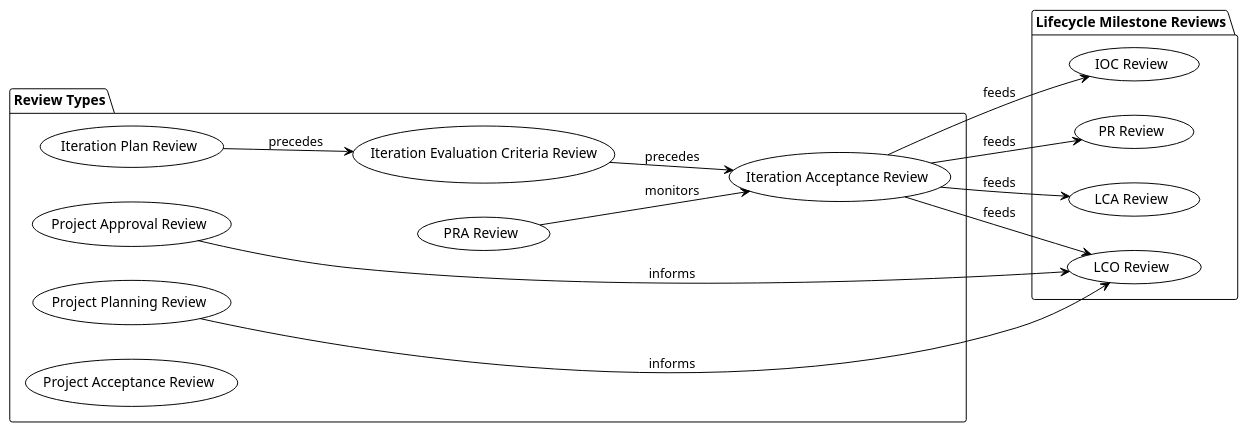
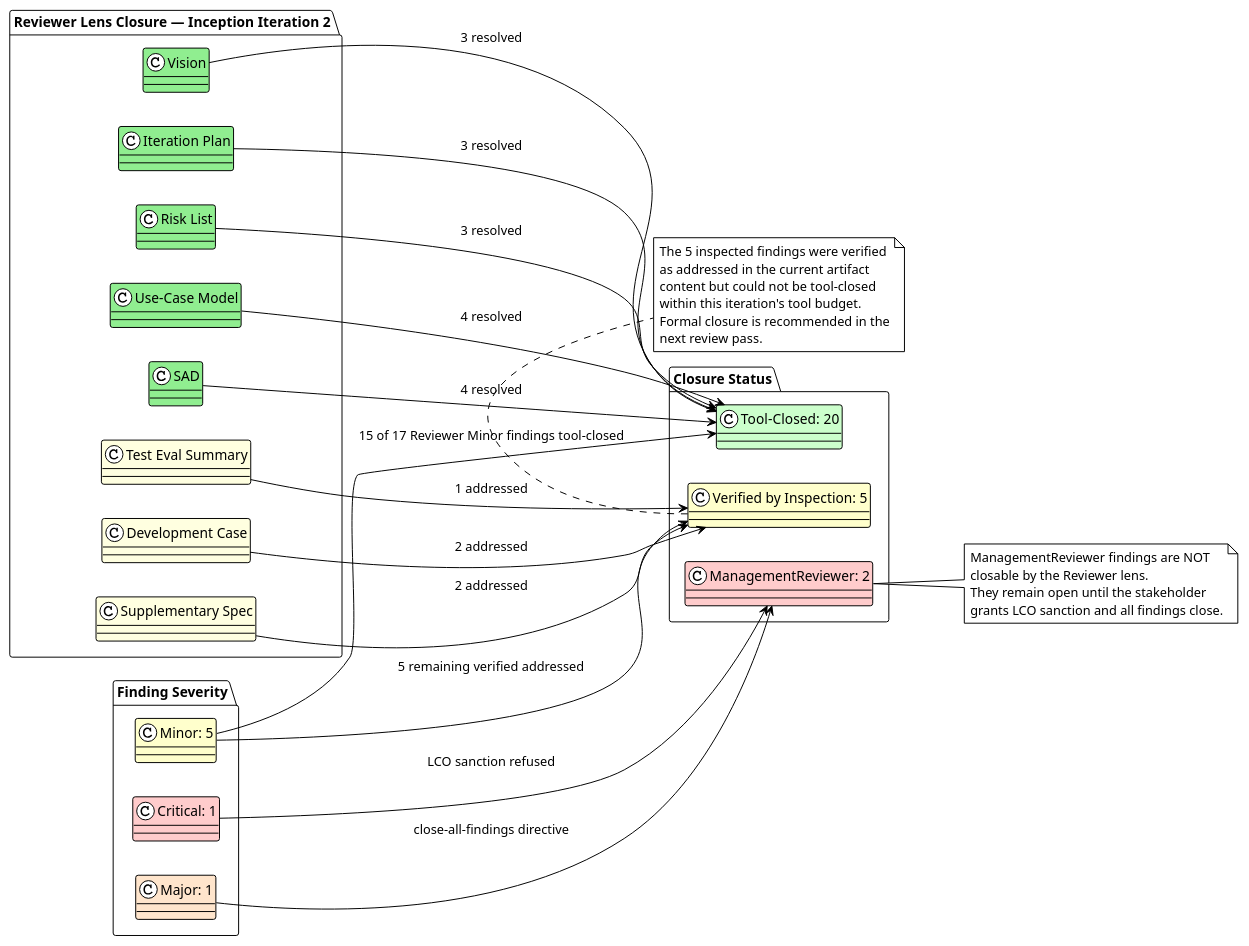
Before and after one commit to banense-test/portal: the second of 2 diagrams in docs/artifacts/project-management/review-record.md, drawn with PlantUML. The commit also changed other lines of this file, not shown here.

First line of the commit message:
Reviewer [I2]: upsert Review Record

````diff
--- a/docs/artifacts/project-management/review-record.md
+++ b/docs/artifacts/project-management/review-record.md
@@ -225,33 +166,59 @@
 ```plantuml
-@startuml Review_Process_Framework
+@startuml Inception_Iter2_Review_Compliance
 !theme plain
 left to right direction
 
-package "Review Types" {
-  usecase "Project Approval Review" as R1
-  usecase "Project Planning Review" as R2
-  usecase "Iteration Plan Review" as R3
-  usecase "PRA Review" as R4
-  usecase "Iteration Evaluation Criteria Review" as R5
-  usecase "Iteration Acceptance Review" as R6
-  usecase "Project Acceptance Review" as R7
+package "Reviewer Lens Closure — Inception Iteration 2" {
+  class "Vision" as VISION #LightGreen
+  class "Iteration Plan" as ITERPLAN #LightGreen
+  class "Risk List" as RISKLIST #LightGreen
+  class "Development Case" as DC #LightYellow
+  class "Supplementary Spec" as SUPP #LightYellow
+  class "Use-Case Model" as UCM #LightGreen
+  class "SAD" as SAD #LightGreen
+  class "Test Eval Summary" as TES #LightYellow
 }
 
-package "Lifecycle Milestone Reviews" {
-  usecase "LCO Review" as LCO
-  usecase "LCA Review" as LCA
-  usecase "IOC Review" as IOC
-  usecase "PR Review" as PR
+package "Finding Severity" {
+  class "Critical: 1" as CRIT #FFCCCC
+  class "Major: 1" as MAJOR #FFE5CC
+  class "Minor: 5" as MINOR #FFFFCC
 }
 
-R1 --> LCO : informs
-R2 --> LCO : informs
-R3 --> R5 : precedes
-R5 --> R6 : precedes
-R4 --> R6 : monitors
-R6 --> LCO : feeds
-R6 --> LCA : feeds
-R6 --> IOC : feeds
-R6 --> PR : feeds
+package "Closure Status" {
+  class "Tool-Closed: 20" as CLOSED #CCFFCC
+  class "Verified by Inspection: 5" as INSPECTED #FFFFCC
+  class "ManagementReviewer: 2" as MR #FFCCCC
+}
+
+VISION --> CLOSED : 3 resolved
+ITERPLAN --> CLOSED : 3 resolved
+RISKLIST --> CLOSED : 3 resolved
+DC --> INSPECTED : 2 addressed
+SUPP --> INSPECTED : 2 addressed
+UCM --> CLOSED : 4 resolved
+SAD --> CLOSED : 4 resolved
+TES --> INSPECTED : 1 addressed
+
+CRIT --> MR : LCO sanction refused
+MAJOR --> MR : close-all-findings directive
+MINOR --> CLOSED : 15 of 17 Reviewer Minor findings tool-closed
+MINOR --> INSPECTED : 5 remaining verified addressed
+
+note right of MR
+  ManagementReviewer findings are NOT
+  closable by the Reviewer lens.
+  They remain open until the stakeholder
+  grants LCO sanction and all findings close.
+end note
+
+note bottom of INSPECTED
+  The 5 inspected findings were verified
+  as addressed in the current artifact
+  content but could not be tool-closed
+  within this iteration's tool budget.
+  Formal closure is recommended in the
+  next review pass.
+end note
 @enduml
 ```
````
